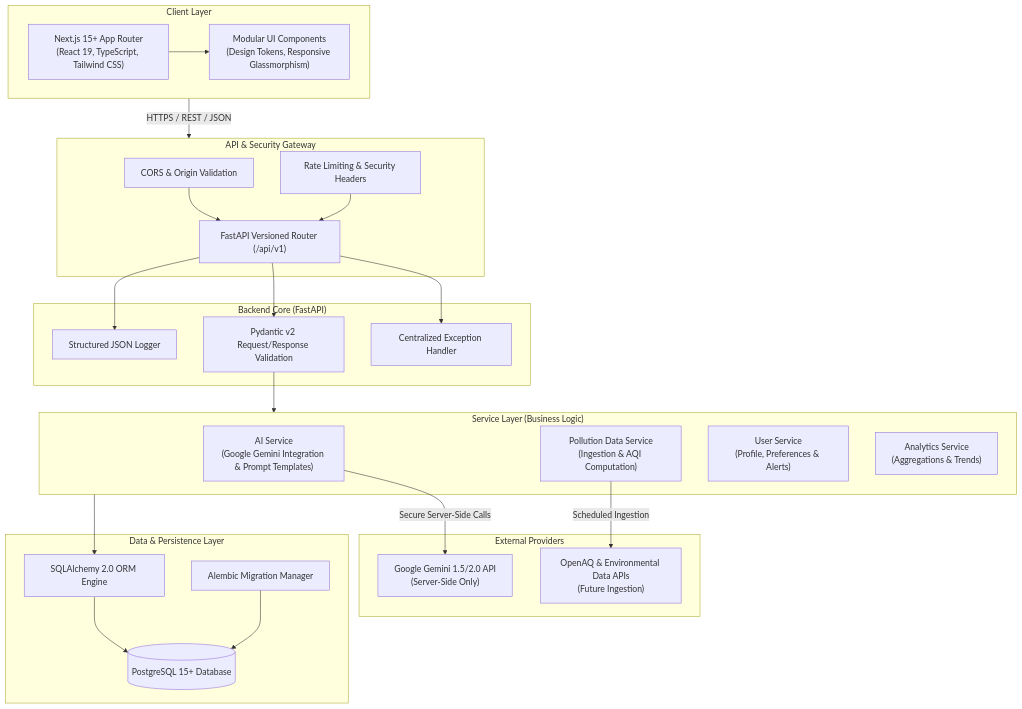
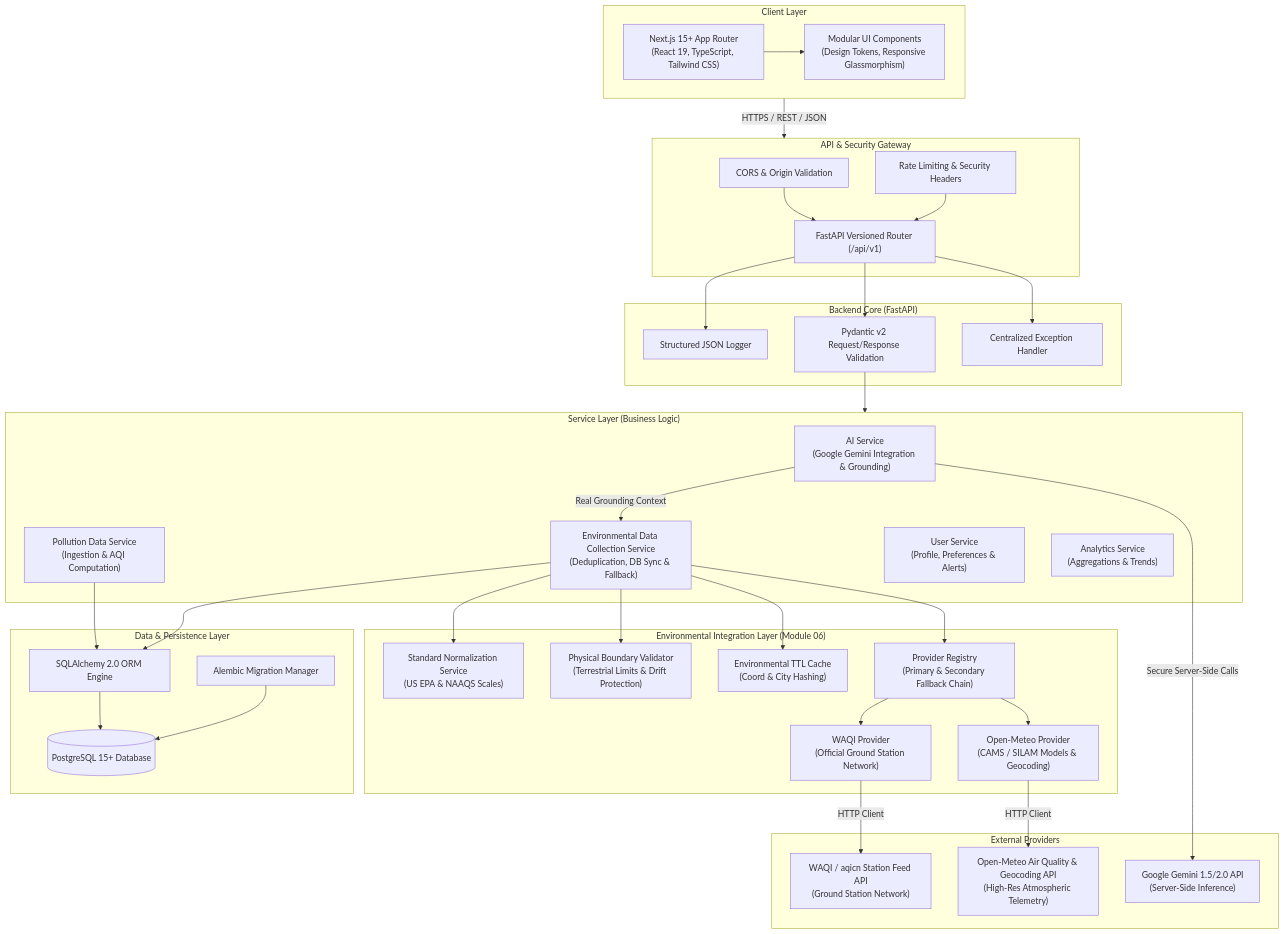
The diagram in docs/architecture.md (omkumartrivedi2006-sketch/AIRWISE-AI), drawn with Mermaid before and after one commit. The commit also changed other lines of this file and 237 other files, not shown here.

````diff
--- a/docs/architecture.md
+++ b/docs/architecture.md
@@ -7,51 +7,71 @@
 ```mermaid
 flowchart TD
     subgraph Client ["Client Layer"]
         UI["Next.js 15+ App Router\n(React 19, TypeScript, Tailwind CSS)"]
         Components["Modular UI Components\n(Design Tokens, Responsive Glassmorphism)"]
         UI --> Components
     end
 
     subgraph Gateway ["API & Security Gateway"]
         CORS["CORS & Origin Validation"]
         RateLimit["Rate Limiting & Security Headers"]
         Router["FastAPI Versioned Router (/api/v1)"]
         CORS --> Router
         RateLimit --> Router
     end
 
     subgraph BackendCore ["Backend Core (FastAPI)"]
         Handler["Centralized Exception Handler"]
         Validator["Pydantic v2 Request/Response Validation"]
         Logger["Structured JSON Logger"]
         Router --> Handler
         Router --> Validator
         Router --> Logger
     end
 
     subgraph ServiceLayer ["Service Layer (Business Logic)"]
-        AIService["AI Service\n(Google Gemini Integration & Prompt Templates)"]
+        AIService["AI Service\n(Google Gemini Integration & Grounding)"]
         PollutionService["Pollution Data Service\n(Ingestion & AQI Computation)"]
+        EnvCollection["Environmental Data Collection Service\n(Deduplication, DB Sync & Fallback)"]
         UserService["User Service\n(Profile, Preferences & Alerts)"]
         AnalyticsService["Analytics Service\n(Aggregations & Trends)"]
+    end
+
+    subgraph EnvironmentalIntegration ["Environmental Integration Layer (Module 06)"]
+        Registry["Provider Registry\n(Primary & Secondary Fallback Chain)"]
+        OpenMeteo["Open-Meteo Provider\n(CAMS / SILAM Models & Geocoding)"]
+        WAQI["WAQI Provider\n(Official Ground Station Network)"]
+        CacheService["Environmental TTL Cache\n(Coord & City Hashing)"]
+        ValidatorService["Physical Boundary Validator\n(Terrestrial Limits & Drift Protection)"]
+        NormalizerService["Standard Normalization Service\n(US EPA & NAAQS Scales)"]
     end
 
     subgraph DataLayer ["Data & Persistence Layer"]
         SQLAlchemy["SQLAlchemy 2.0 ORM Engine"]
         Alembic["Alembic Migration Manager"]
         PostgreSQL[("PostgreSQL 15+ Database")]
         SQLAlchemy --> PostgreSQL
         Alembic --> PostgreSQL
     end
 
     subgraph ExternalServices ["External Providers"]
-        GeminiAPI["Google Gemini 1.5/2.0 API\n(Server-Side Only)"]
-        GovSensors["OpenAQ & Environmental Data APIs\n(Future Ingestion)"]
+        GeminiAPI["Google Gemini 1.5/2.0 API\n(Server-Side Inference)"]
+        OpenMeteoAPI["Open-Meteo Air Quality & Geocoding API\n(High-Res Atmospheric Telemetry)"]
+        WAQIAPI["WAQI / aqicn Station Feed API\n(Ground Station Network)"]
     end
 
     Client -->|HTTPS / REST / JSON| Gateway
     Validator --> ServiceLayer
     AIService -->|Secure Server-Side Calls| GeminiAPI
-    PollutionService -->|Scheduled Ingestion| GovSensors
-    ServiceLayer --> SQLAlchemy
+    AIService -->|Real Grounding Context| EnvCollection
+    EnvCollection --> Registry
+    Registry --> OpenMeteo
+    Registry --> WAQI
+    OpenMeteo -->|HTTP Client| OpenMeteoAPI
+    WAQI -->|HTTP Client| WAQIAPI
+    EnvCollection --> CacheService
+    EnvCollection --> ValidatorService
+    EnvCollection --> NormalizerService
+    EnvCollection --> SQLAlchemy
+    PollutionService --> SQLAlchemy
 ```
````
